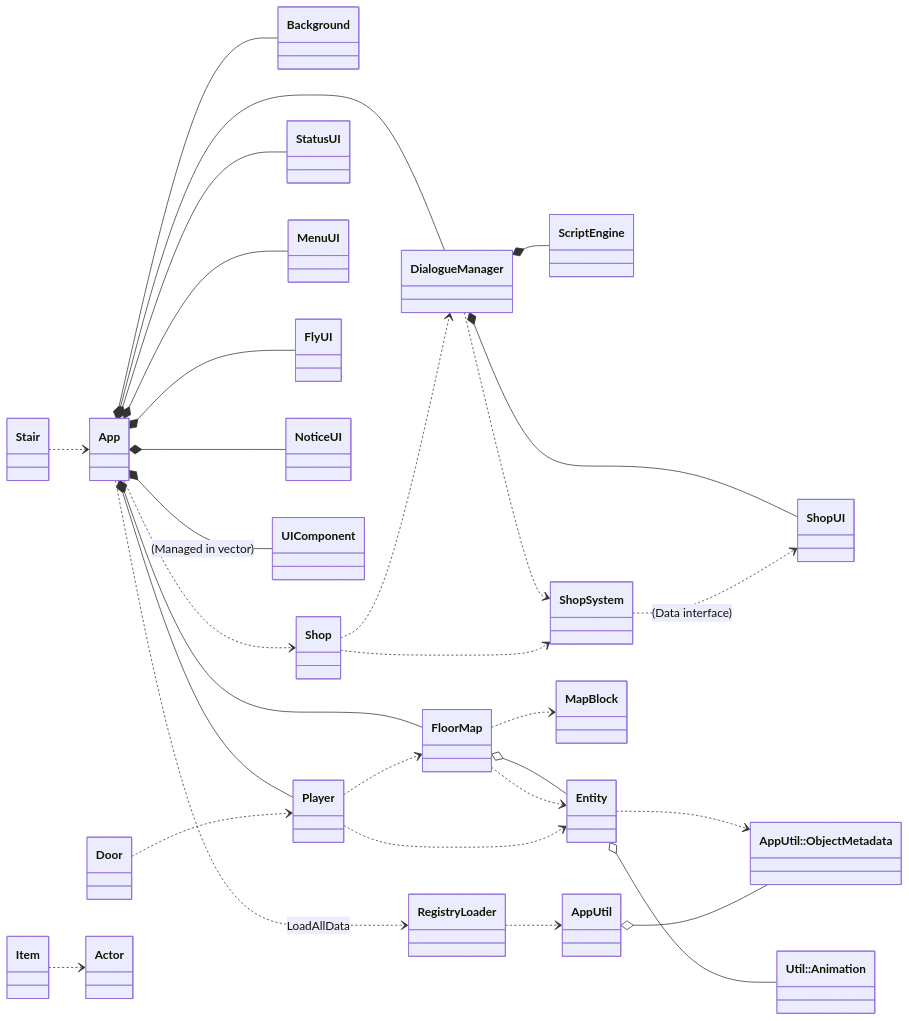
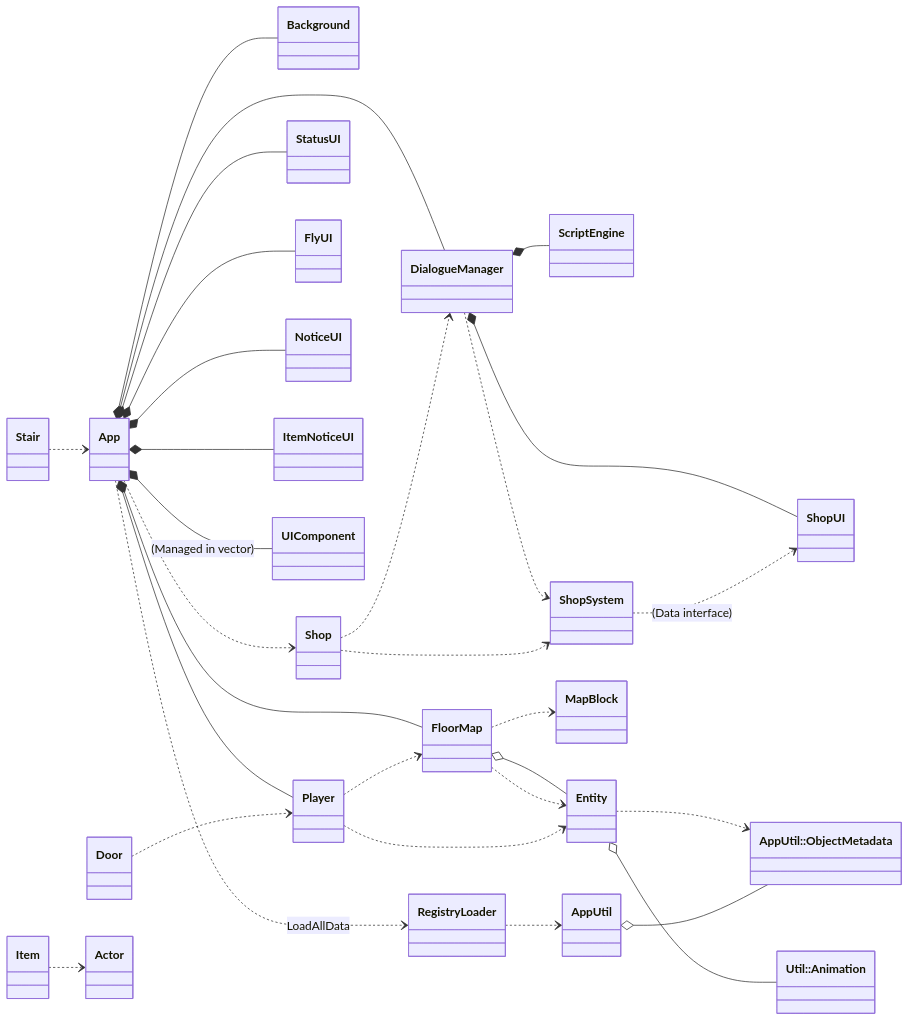
One commit to XWJWPIY/schoolwork_recreate_magic_tower changed the fourth of 4 diagrams in Constructure.md. Above: the diagram before and after it, drawn with Mermaid. The commit also changed other lines of this file and 9 other files, not shown here.

Commit message:
refactor(ui): complete deconstruction of ItemNoticeUI

````diff
--- a/Constructure.md
+++ b/Constructure.md
@@ -443,40 +432,40 @@
 ```mermaid
 classDiagram
     direction LR
     class Animation["Util::Animation"]
     class ObjectMetadata["AppUtil::ObjectMetadata"]
 
     App ..> RegistryLoader : LoadAllData
     App *-- Background
     App *-- FloorMap
     App *-- Player
     App *-- StatusUI
-    App *-- MenuUI
     App *-- FlyUI
     App *-- NoticeUI
+    App *-- ItemNoticeUI
     App *-- DialogueManager
     App *-- UIComponent : (Managed in vector)
     App ..> Shop
     DialogueManager *-- ScriptEngine
     DialogueManager *-- ShopUI
     DialogueManager ..> ShopSystem
     ShopSystem ..> ShopUI : (Data interface)
     Shop ..> ShopSystem
 
     FloorMap o-- Entity
     FloorMap ..> MapBlock
     FloorMap ..> Entity
 
     Entity o-- Animation
     Entity ..> ObjectMetadata
 
     Player ..> FloorMap
     Player ..> Entity
     Shop ..> DialogueManager
     Door ..> Player
     Item ..> Actor
     Stair ..> App
 
     RegistryLoader ..> AppUtil
     AppUtil o-- ObjectMetadata
 ```
````
